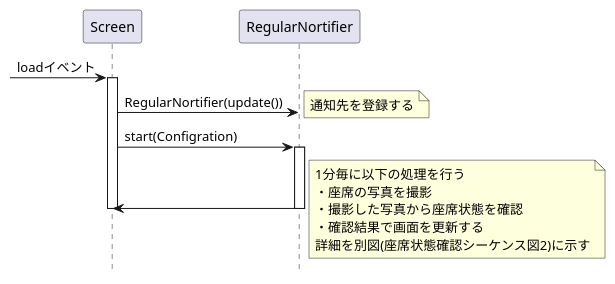
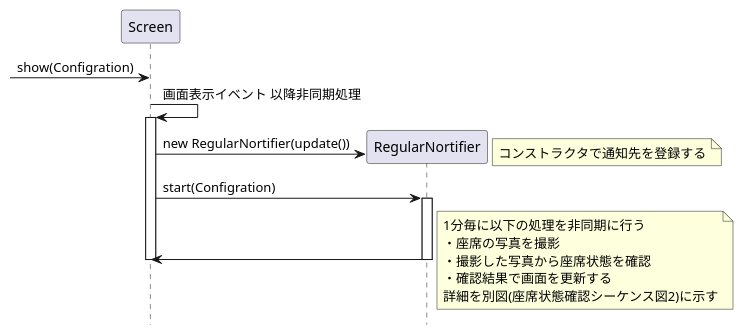
One commit to KeisukeSugita/Seat-monitoring-system changed the diagram in doc/詳細設計/構成図(.pu)/座席状態確認シーケンス図.pu. Above: the diagram before and after it, drawn with PlantUML. The commit also changed 5 other files, not shown here.

```diff
--- a/doc/詳細設計/構成図(.pu)/座席状態確認シーケンス図.pu
+++ b/doc/詳細設計/構成図(.pu)/座席状態確認シーケンス図.pu
@@ -1,27 +1,29 @@
 @startuml 座席状態確認シーケンス図
 hide footbox
 
 participant "Screen" as Screen
 participant "RegularNortifier" as RegularNortifier
 
--> Screen :loadイベント
+-> Screen :show(Configration)
+Screen -> Screen :画面表示イベント 以降非同期処理
 activate Screen
-Screen -> RegularNortifier :RegularNortifier(update())
+create RegularNortifier
+Screen -> RegularNortifier :new RegularNortifier(update())
 note right
-	通知先を登録する
+	コンストラクタで通知先を登録する
 end note
 
 Screen -> RegularNortifier :start(Configration)
 activate RegularNortifier
 Screen <- RegularNortifier
 deactivate RegularNortifier
 deactivate Screen
 note right
-	1分毎に以下の処理を行う
+	1分毎に以下の処理を非同期に行う
 	・座席の写真を撮影
 	・撮影した写真から座席状態を確認
 	・確認結果で画面を更新する
 	詳細を別図(座席状態確認シーケンス図2)に示す
 end note
 
 @enduml
```
